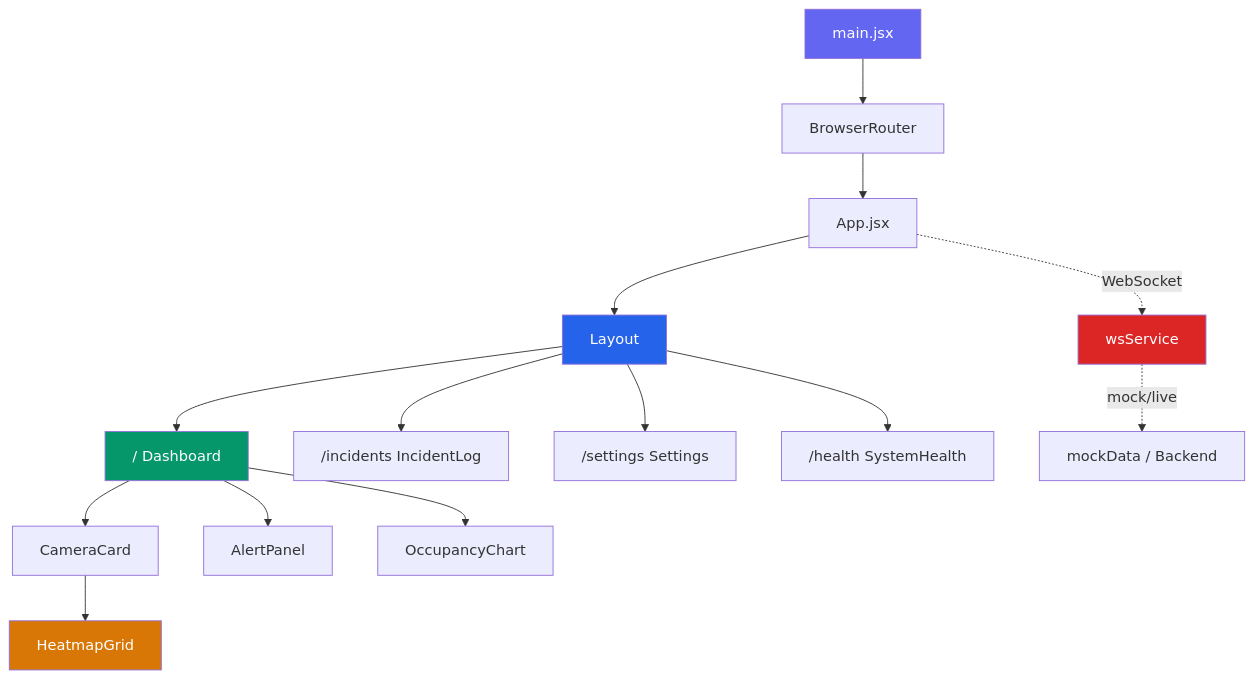
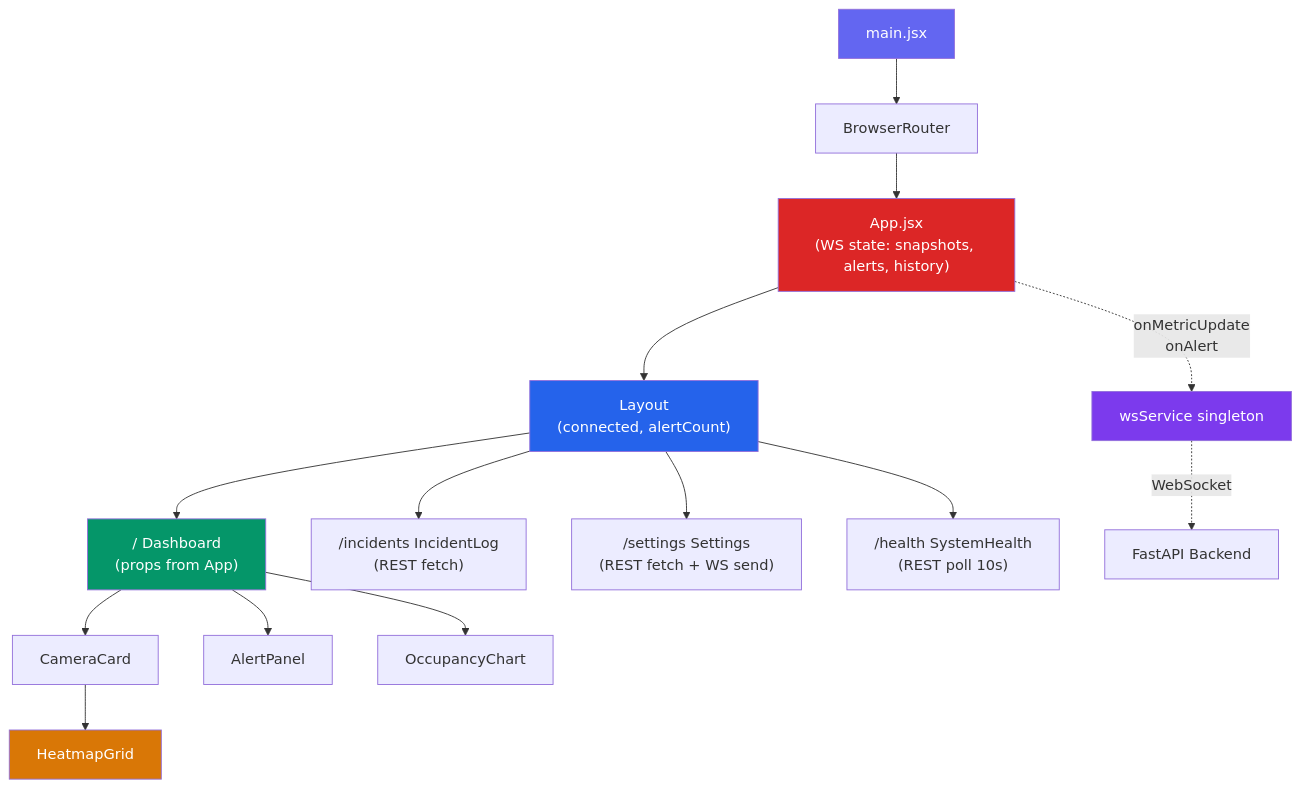
One commit to DarkSire7/ARGUS changed the sixth of 7 diagrams in SYSTEM_ARCHITECTURE.md. Above: the diagram before and after it, drawn with Mermaid. The commit also changed other lines of this file and 2 other files, not shown here.

First line of the commit message:
feat: admin interface live data + architecture doc v2.0

````diff
--- a/SYSTEM_ARCHITECTURE.md
+++ b/SYSTEM_ARCHITECTURE.md
@@ -442,25 +443,26 @@
 ```mermaid
 graph TD
     A["main.jsx"] --> B["BrowserRouter"]
-    B --> C["App.jsx"]
-    C --> D["Layout"]
+    B --> C["App.jsx\n(WS state: snapshots, alerts, history)"]
+    C --> D["Layout\n(connected, alertCount)"]
 
-    D --> E["/  Dashboard"]
-    D --> F["/incidents  IncidentLog"]
-    D --> G["/settings  Settings"]
-    D --> H["/health  SystemHealth"]
+    D --> E["/ Dashboard\n(props from App)"]
+    D --> F["/incidents IncidentLog\n(REST fetch)"]
+    D --> G["/settings Settings\n(REST fetch + WS send)"]
+    D --> H["/health SystemHealth\n(REST poll 10s)"]
 
     E --> I["CameraCard"]
     E --> J["AlertPanel"]
     E --> K["OccupancyChart"]
     I --> L["HeatmapGrid"]
 
-    C -.->|"WebSocket"| M["wsService"]
-    M -.->|"mock/live"| N["mockData / Backend"]
+    C -.->|"onMetricUpdate\nonAlert"| M["wsService singleton"]
+    M -.->|"WebSocket"| N["FastAPI Backend"]
 
     style A fill:#6366f1,color:#fff
+    style C fill:#dc2626,color:#fff
     style D fill:#2563eb,color:#fff
     style E fill:#059669,color:#fff
     style L fill:#d97706,color:#fff
-    style M fill:#dc2626,color:#fff
+    style M fill:#7c3aed,color:#fff
 ```
````
